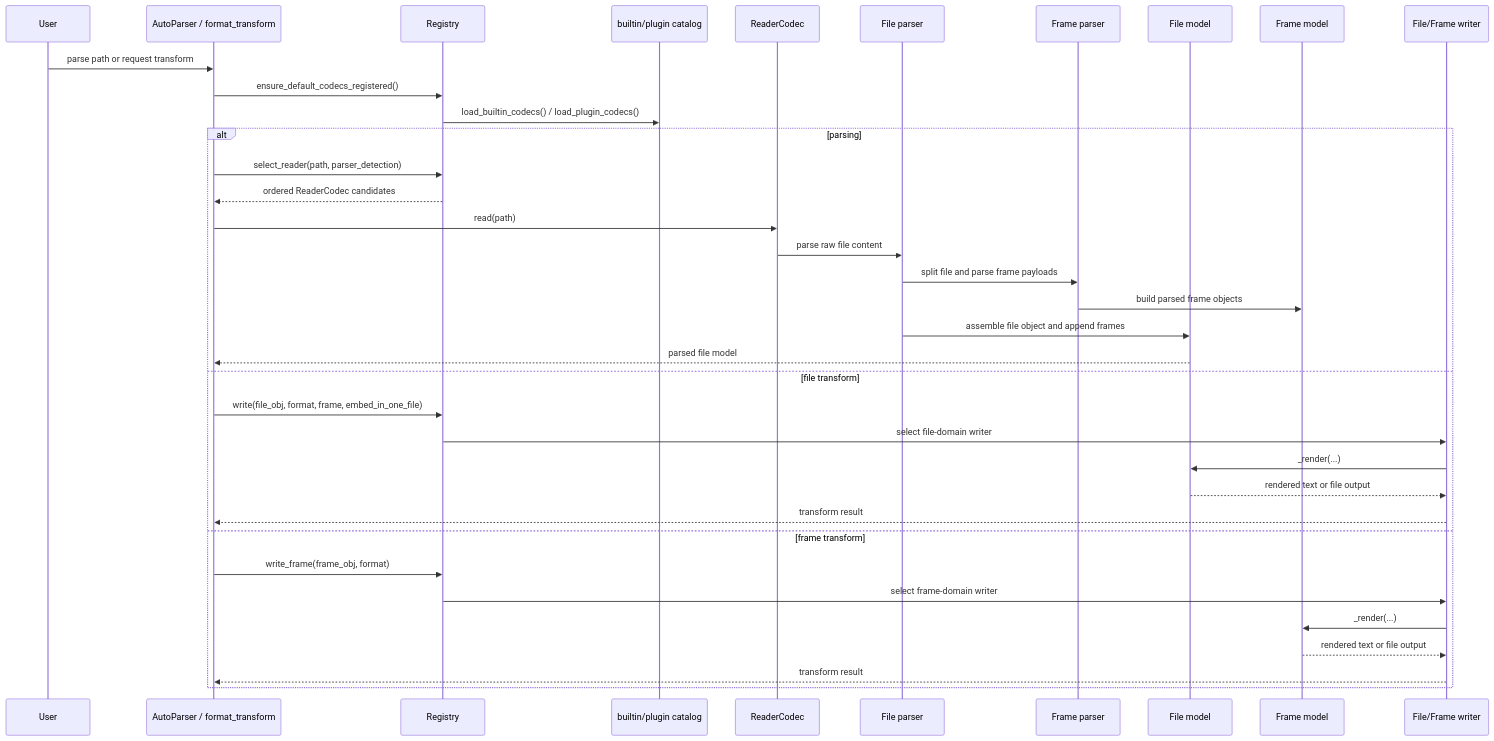
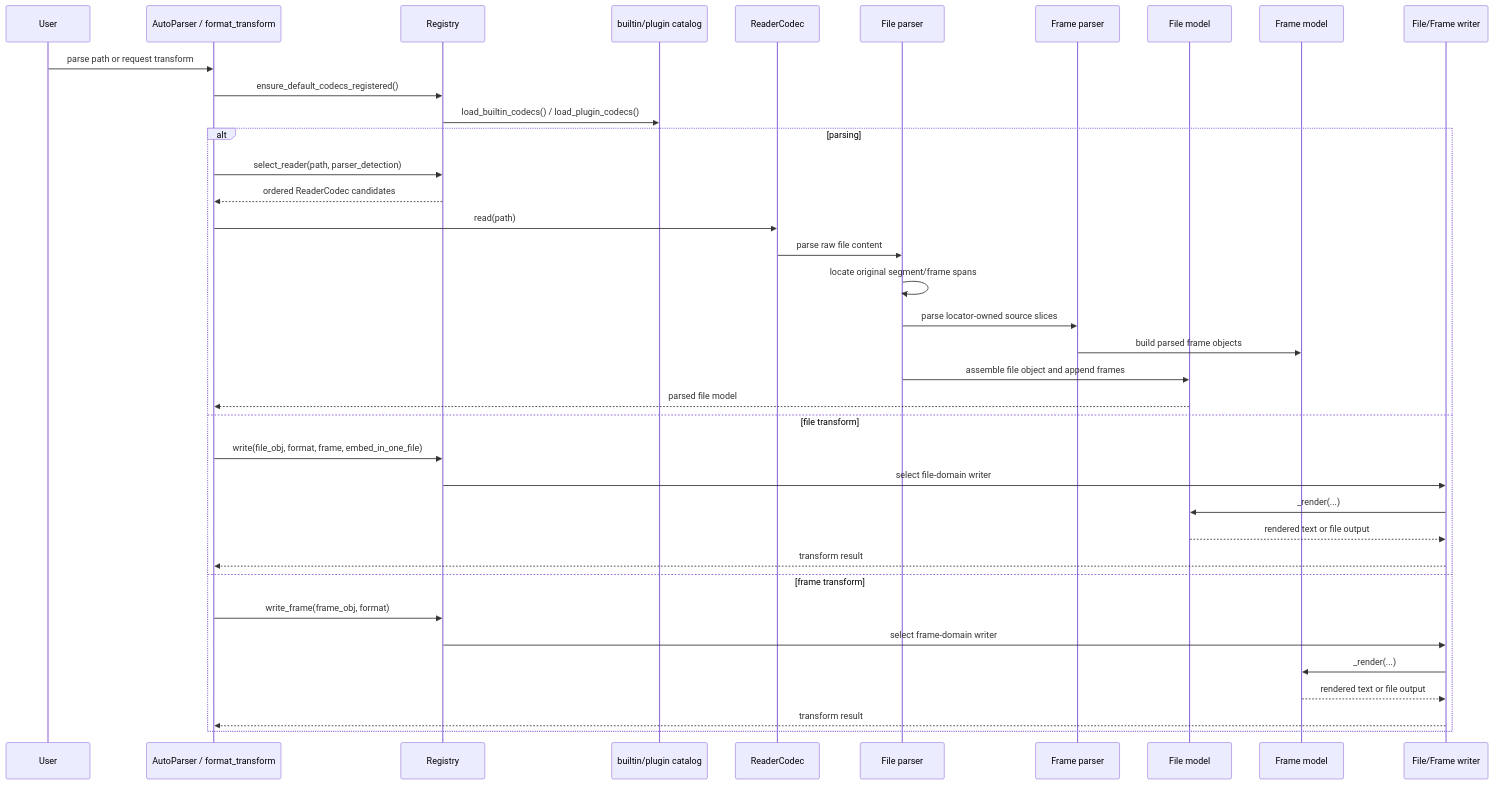
The second of 2 diagrams in docs/en/contributing.md (gentle1999/MolOP), drawn with Mermaid before and after one commit. The commit also changed other lines of this file and 86 other files, not shown here.

````diff
--- a/docs/en/contributing.md
+++ b/docs/en/contributing.md
@@ -230,40 +383,41 @@
 ```mermaid
 sequenceDiagram
     participant User
     participant API as AutoParser / format_transform
     participant Registry
     participant Catalog as builtin/plugin catalog
     participant Reader as ReaderCodec
     participant FileParser as File parser
     participant FrameParser as Frame parser
     participant FileModel as File model
     participant FrameModel as Frame model
     participant Writer as File/Frame writer
 
     User->>API: parse path or request transform
     API->>Registry: ensure_default_codecs_registered()
     Registry->>Catalog: load_builtin_codecs() / load_plugin_codecs()
 
     alt parsing
         API->>Registry: select_reader(path, parser_detection)
         Registry-->>API: ordered ReaderCodec candidates
         API->>Reader: read(path)
         Reader->>FileParser: parse raw file content
-        FileParser->>FrameParser: split file and parse frame payloads
+        FileParser->>FileParser: locate original segment/frame spans
+        FileParser->>FrameParser: parse locator-owned source slices
         FrameParser->>FrameModel: build parsed frame objects
         FileParser->>FileModel: assemble file object and append frames
         FileModel-->>API: parsed file model
     else file transform
         API->>Registry: write(file_obj, format, frame, embed_in_one_file)
         Registry->>Writer: select file-domain writer
         Writer->>FileModel: _render(...)
         FileModel-->>Writer: rendered text or file output
         Writer-->>API: transform result
     else frame transform
         API->>Registry: write_frame(frame_obj, format)
         Registry->>Writer: select frame-domain writer
         Writer->>FrameModel: _render(...)
         FrameModel-->>Writer: rendered text or file output
         Writer-->>API: transform result
     end
 ```
````
